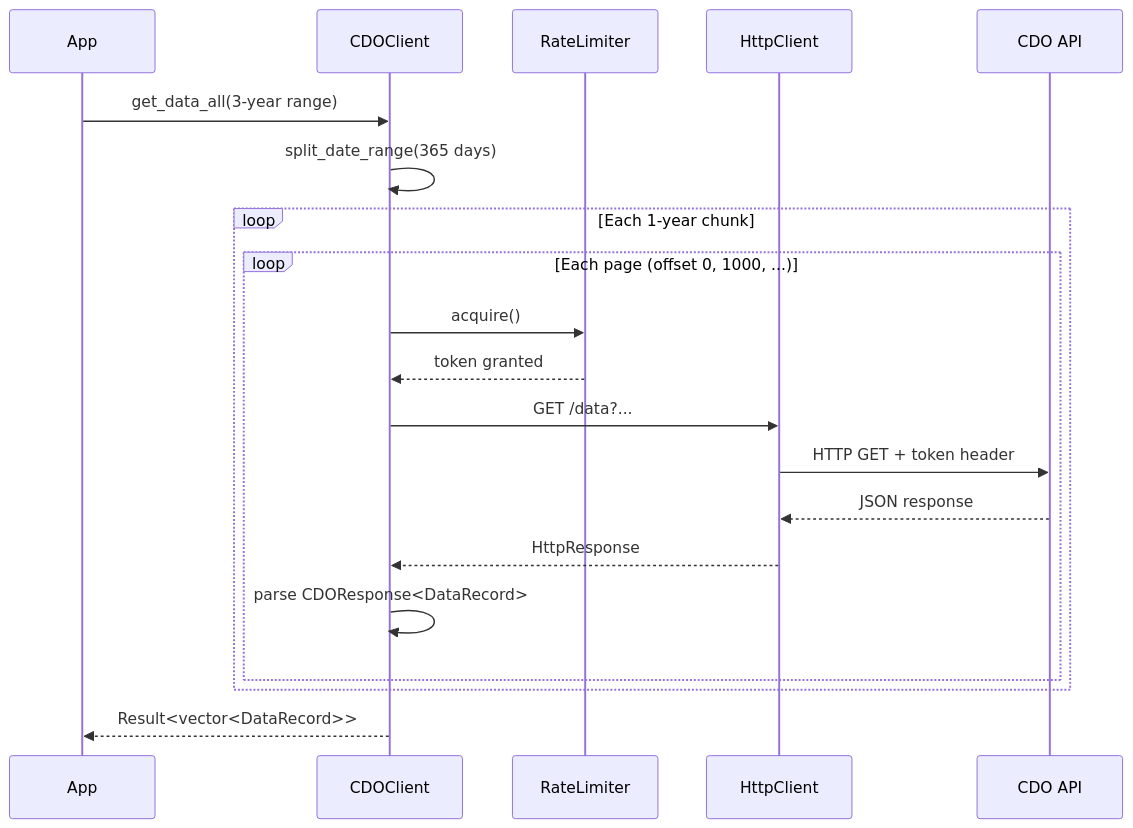
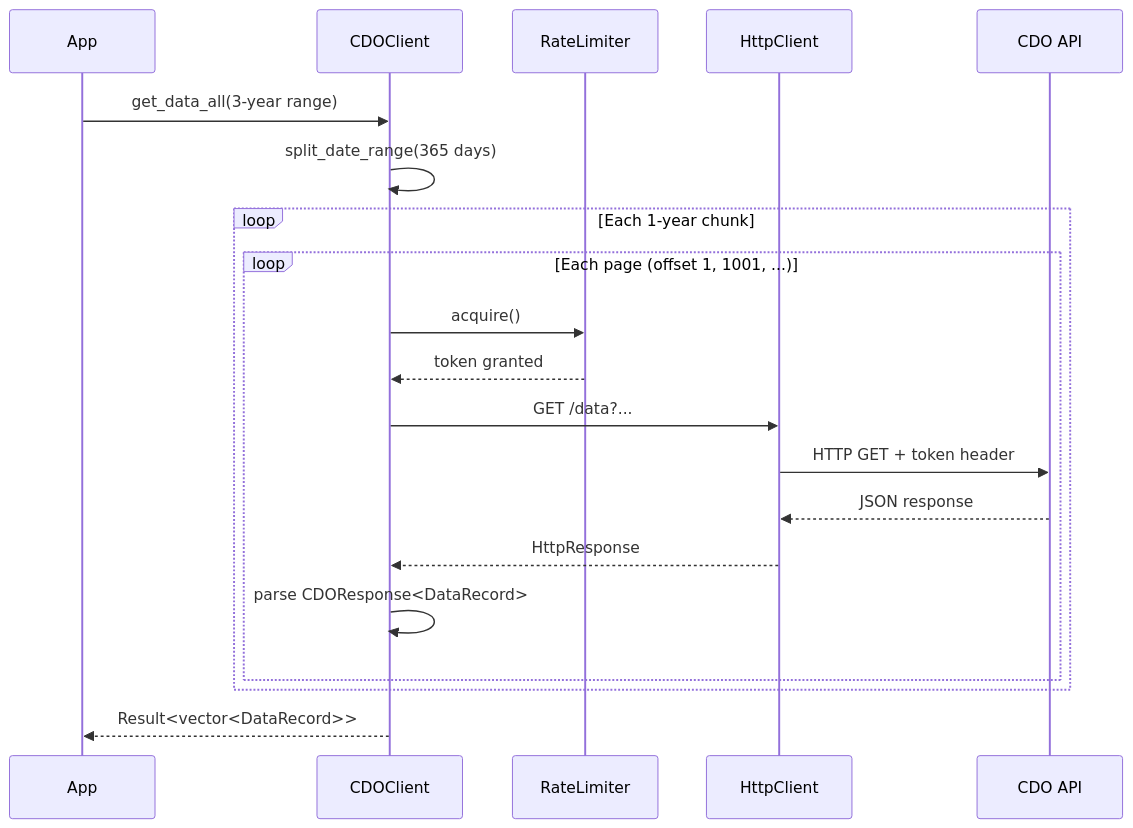
Before and after one commit to Reddimus/ncei-cpp: the second of 2 diagrams in README.md, drawn with Mermaid. The commit also changed other lines of this file and 54 other files, not shown here.

````diff
--- a/README.md
+++ b/README.md
@@ -160,23 +162,23 @@
 ```mermaid
 sequenceDiagram
     participant App
     participant CDOClient
     participant RateLimiter
     participant HttpClient
     participant CDO API
 
     App->>CDOClient: get_data_all(3-year range)
     CDOClient->>CDOClient: split_date_range(365 days)
     loop Each 1-year chunk
-        loop Each page (offset 0, 1000, ...)
+        loop Each page (offset 1, 1001, ...)
             CDOClient->>RateLimiter: acquire()
             RateLimiter-->>CDOClient: token granted
             CDOClient->>HttpClient: GET /data?...
             HttpClient->>CDO API: HTTP GET + token header
             CDO API-->>HttpClient: JSON response
             HttpClient-->>CDOClient: HttpResponse
             CDOClient->>CDOClient: parse CDOResponse<DataRecord>
         end
     end
     CDOClient-->>App: Result<vector<DataRecord>>
 ```
````
